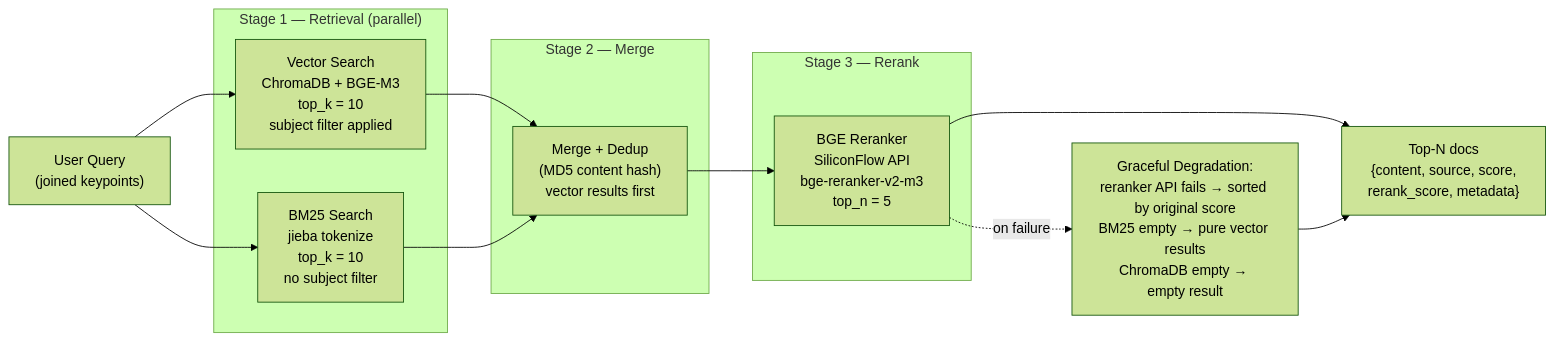
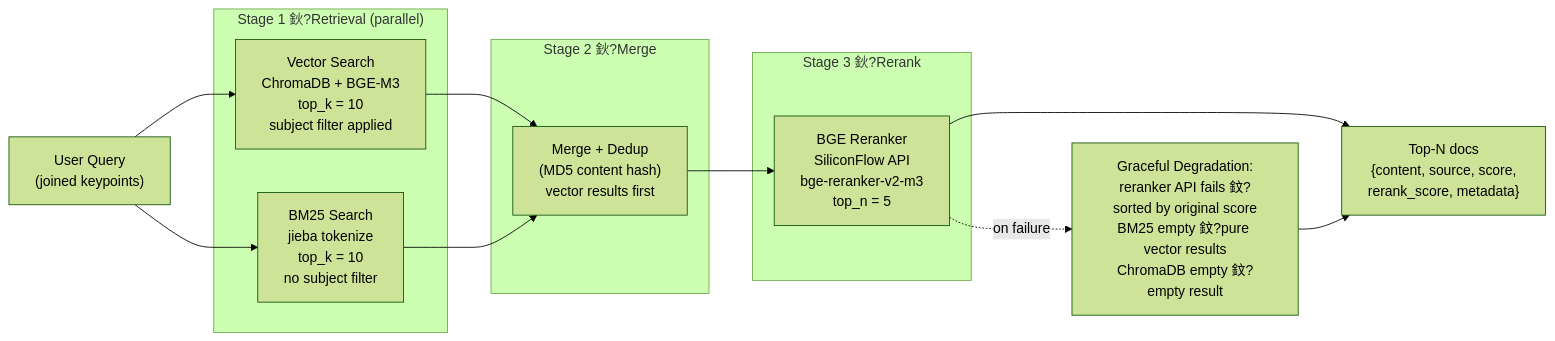
The third of 5 diagrams in docs/architecture/v0.2.0/diagram_design.md (kyle-1227/A3_study_agent), drawn with Mermaid (forest theme) before and after one commit. The commit also changed other lines of this file and 46 other files, not shown here.

````diff
--- a/docs/architecture/v0.2.0/diagram_design.md
+++ b/docs/architecture/v0.2.0/diagram_design.md
@@ -139,30 +139,30 @@
 ```mermaid
 flowchart LR
     Q["User Query\n(joined keypoints)"]
 
-    subgraph Stage1["Stage 1 — Retrieval (parallel)"]
+    subgraph Stage1["Stage 1 鈥?Retrieval (parallel)"]
         V["Vector Search\nChromaDB + BGE-M3\ntop_k = 10\nsubject filter applied"]
         B["BM25 Search\njieba tokenize\ntop_k = 10\nno subject filter"]
     end
 
-    subgraph Stage2["Stage 2 — Merge"]
+    subgraph Stage2["Stage 2 鈥?Merge"]
         M["Merge + Dedup\n(MD5 content hash)\nvector results first"]
     end
 
-    subgraph Stage3["Stage 3 — Rerank"]
+    subgraph Stage3["Stage 3 鈥?Rerank"]
         R["BGE Reranker\nSiliconFlow API\nbge-reranker-v2-m3\ntop_n = 5"]
     end
 
     OUT["Top-N docs\n{content, source, score,\nrerank_score, metadata}"]
 
-    FALLBACK["Graceful Degradation:\nreranker API fails → sorted by original score\nBM25 empty → pure vector results\nChromaDB empty → empty result"]
+    FALLBACK["Graceful Degradation:\nreranker API fails 鈫?sorted by original score\nBM25 empty 鈫?pure vector results\nChromaDB empty 鈫?empty result"]
 
     Q --> V
     Q --> B
     V --> M
     B --> M
     M --> R
     R --> OUT
     R -. "on failure" .-> FALLBACK
     FALLBACK --> OUT
 ```
````
